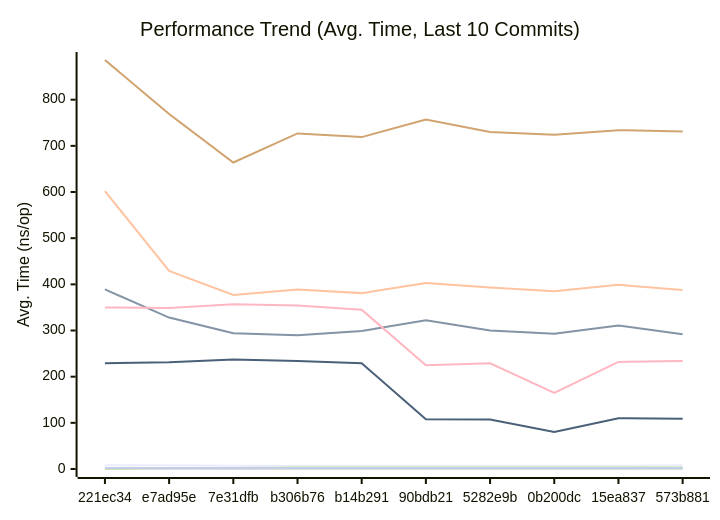
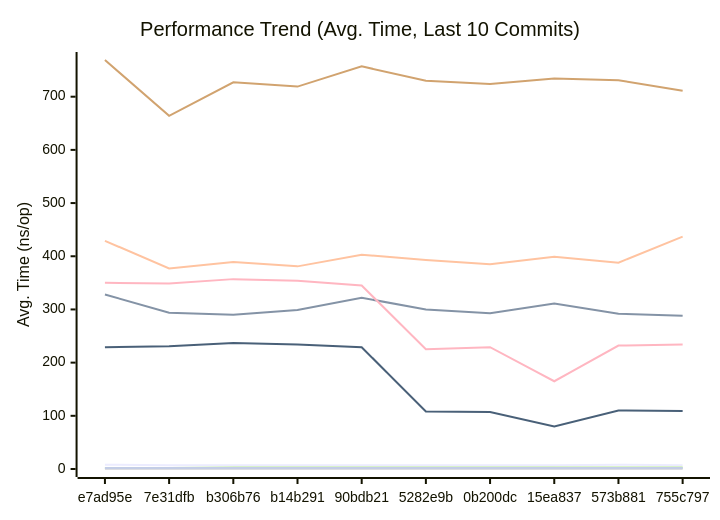
One commit to alsotoes/momo changed the first of 3 diagrams in docs/PERFORMANCE.md. Above: the diagram before and after it, drawn with Mermaid. The commit also changed other lines of this file and 3 other files, not shown here.

````diff
--- a/docs/PERFORMANCE.md
+++ b/docs/PERFORMANCE.md
@@ -80,16 +80,16 @@
 ```mermaid
 xychart-beta
     title "Performance Trend (Avg. Time, Last 10 Commits)"
     x-axis "Commit"
     y-axis "Avg. Time (ns/op)"
-    x-axis [221ec34,e7ad95e,7e31dfb,b306b76,b14b291,90bdb21,5282e9b,0b200dc,15ea837,573b881]
-    line "CheckMetricsAndSwap" [8,8,7,7,7,7,7,7,7,8]
-    line "CrushOptimized" [389,328,294,290,299,322,300,293,311,292]
-    line "CrushOriginal" [602,429,377,389,381,403,393,385,399,388]
+    x-axis [e7ad95e,7e31dfb,b306b76,b14b291,90bdb21,5282e9b,0b200dc,15ea837,573b881,755c797]
+    line "CheckMetricsAndSwap" [8,7,7,7,7,7,7,7,8,7]
+    line "CrushOptimized" [328,294,290,299,322,300,293,311,292,288]
+    line "CrushOriginal" [429,377,389,381,403,393,385,399,388,437]
     line "IndexDirectTracking" [0,0,0,0,0,0,0,0,0,0]
-    line "IndexSearch" [1,2,2,3,3,3,3,3,3,3]
-    line "LoadGlobalConfig" [886,769,664,727,719,757,730,724,734,731]
+    line "IndexSearch" [2,2,3,3,3,3,3,3,3,3]
+    line "LoadGlobalConfig" [769,664,727,719,757,730,724,734,731,711]
     line "PadString" [2,2,2,2,2,2,2,2,2,2]
     line "ParseReplicationOrder_NoPrealloc" [350,349,357,354,345,225,229,165,232,234]
     line "ParseReplicationOrder_Prealloc" [229,231,237,234,229,108,107,80,110,109]
 ```
````
